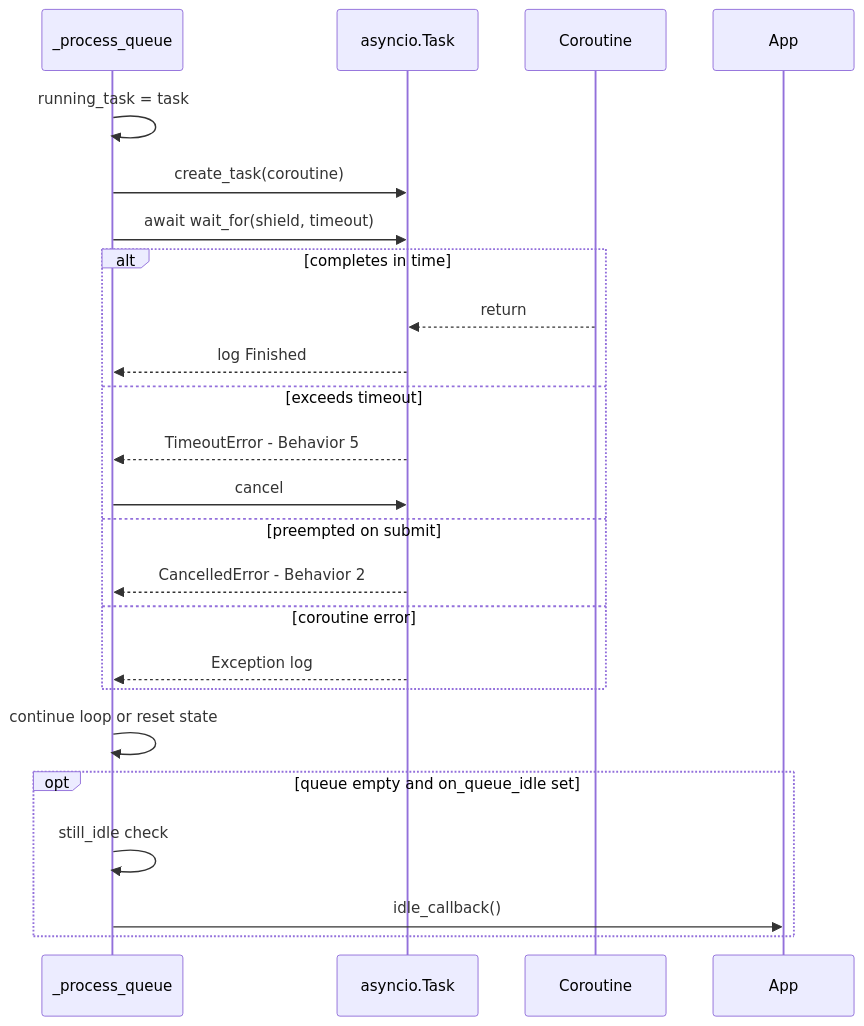
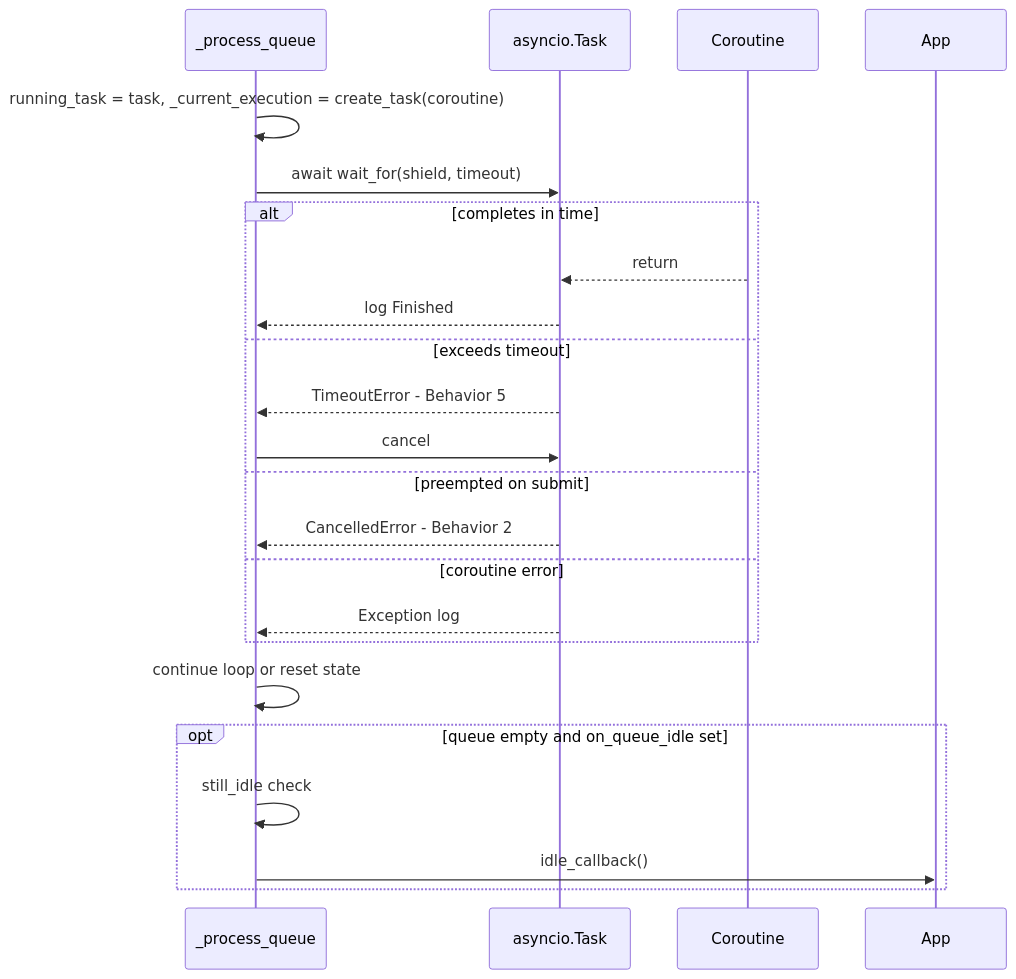
One commit to scoville/test_filter_queue changed the fifth of 9 diagrams in .cursor/plans/system_architecture_workflow_b2d79ca7.plan.md. Above: the diagram before and after it, drawn with Mermaid. The commit also changed other lines of this file and 3 other files, not shown here.

````diff
--- a/.cursor/plans/system_architecture_workflow_b2d79ca7.plan.md
+++ b/.cursor/plans/system_architecture_workflow_b2d79ca7.plan.md
@@ -195,28 +197,27 @@
 ```mermaid
 sequenceDiagram
     participant Process as _process_queue
     participant AsyncTask as asyncio.Task
     participant Coroutine
 
-    Process->>Process: running_task = task
-    Process->>AsyncTask: create_task(coroutine)
+    Process->>Process: running_task = task, _current_execution = create_task(coroutine)
     Process->>AsyncTask: await wait_for(shield, timeout)
 
     alt completes in time
         Coroutine-->>AsyncTask: return
         AsyncTask-->>Process: log Finished
     else exceeds timeout
         AsyncTask-->>Process: TimeoutError - Behavior 5
         Process->>AsyncTask: cancel
     else preempted on submit
         AsyncTask-->>Process: CancelledError - Behavior 2
     else coroutine error
         AsyncTask-->>Process: Exception log
     end
 
     Process->>Process: continue loop or reset state
     opt queue empty and on_queue_idle set
         Process->>Process: still_idle check
         Process->>App: idle_callback()
     end
 ```
````
